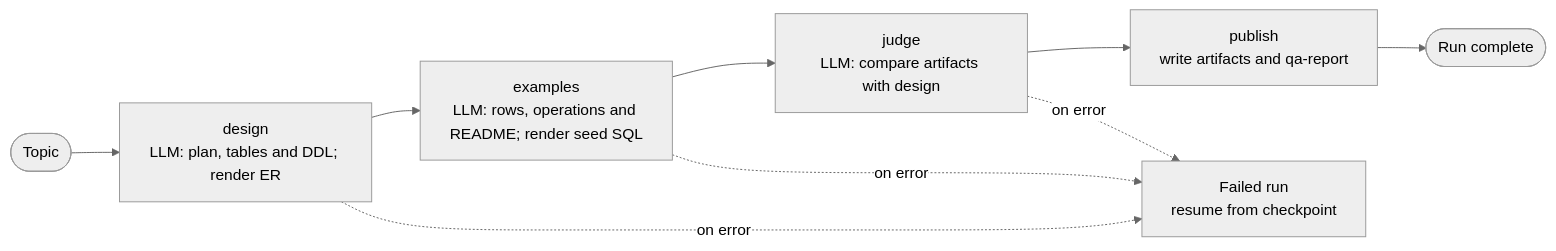
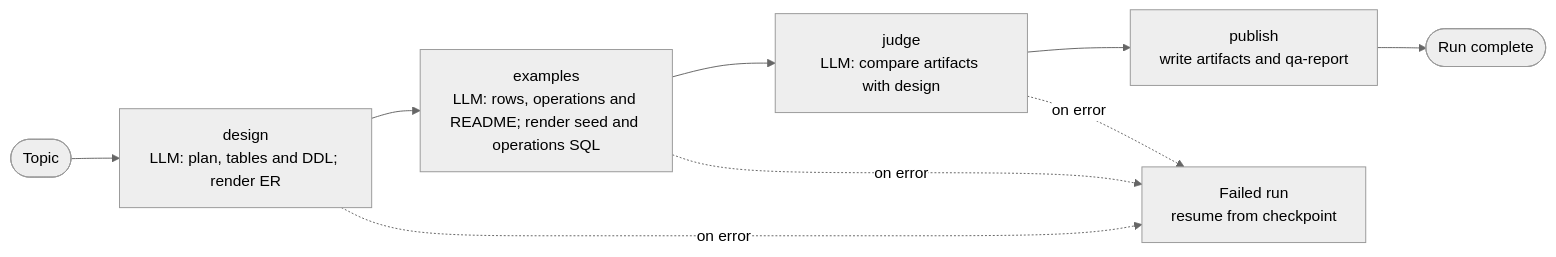
One commit to edikjs/db-pet-gen changed the first of 2 diagrams in README.md. Above: the diagram before and after it, drawn with Mermaid (neutral theme). The commit also changed other lines of this file and 11 other files, not shown here.

Commit message:
fix(generate): publish checked operations as a SQL asset

````diff
--- a/README.md
+++ b/README.md
@@ -174,11 +175,11 @@
 ```mermaid
 flowchart LR
     T(["Topic"]) --> D["design<br/>LLM: plan, tables and DDL; render ER"]
-    D --> X["examples<br/>LLM: rows, operations and README; render seed SQL"]
+    D --> X["examples<br/>LLM: rows, operations and README; render seed and operations SQL"]
     X --> J["judge<br/>LLM: compare artifacts with design"]
     J --> P["publish<br/>write artifacts and qa-report"]
     P --> Z(["Run complete"])
     D -. on error .-> F["Failed run<br/>resume from checkpoint"]
     X -. on error .-> F
     J -. on error .-> F
 ```
````
